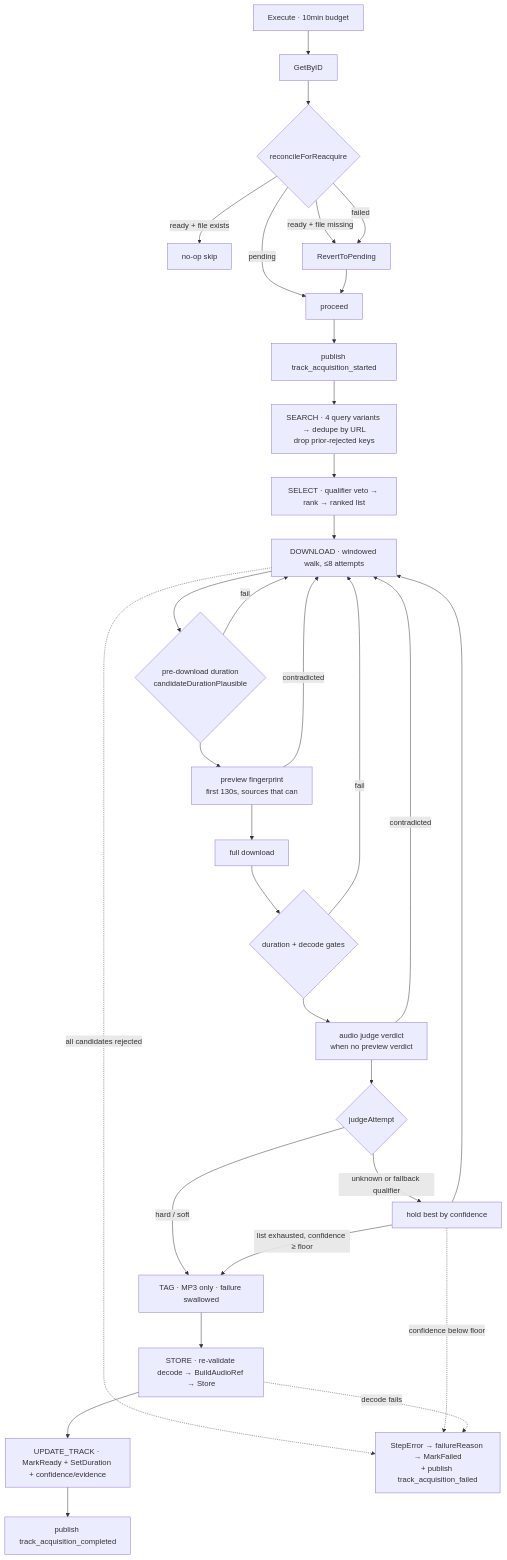
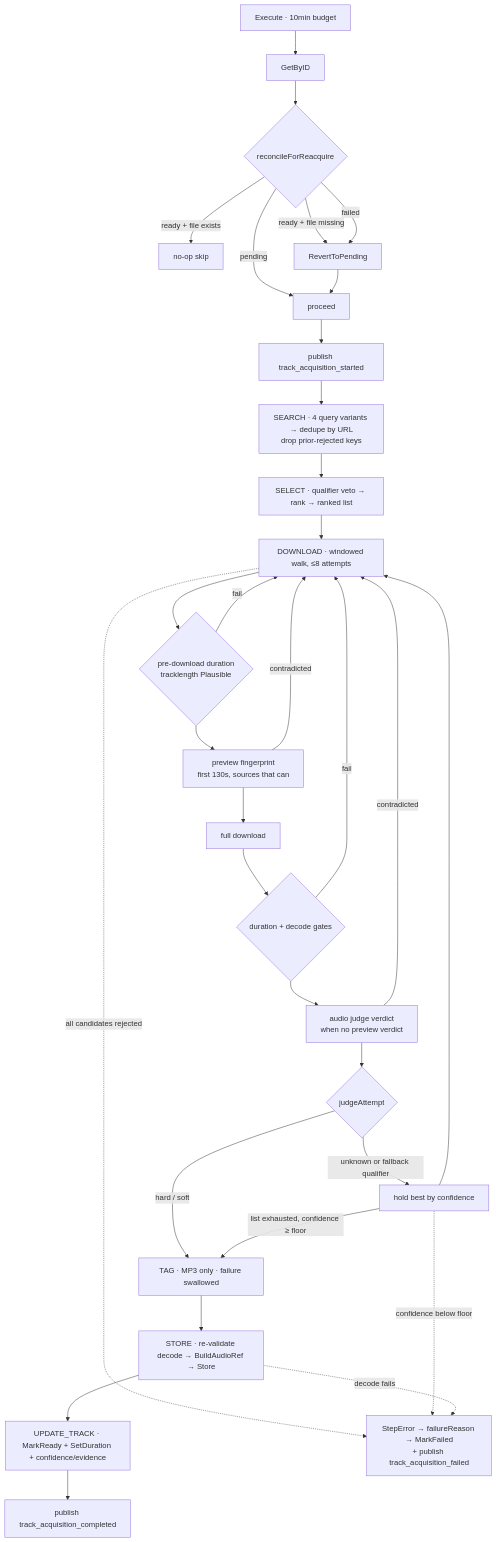
One commit to aleburrascano/altune changed the second of 3 diagrams in services/go-api/internal/acquisition/ARCHITECTURE.md. Above: the diagram before and after it, drawn with Mermaid. The commit also changed other lines of this file and 12 other files, not shown here.

````diff
--- a/services/go-api/internal/acquisition/ARCHITECTURE.md
+++ b/services/go-api/internal/acquisition/ARCHITECTURE.md
@@ -253,35 +254,35 @@
 ```mermaid
 flowchart TD
     EX["Execute · 10min budget"] --> GET["GetByID"]
     GET --> REC{"reconcileForReacquire"}
     REC -->|"ready + file exists"| SKIP["no-op skip"]
     REC -->|"ready + file missing"| REV["RevertToPending"]
     REC -->|"failed"| REV
     REC -->|"pending"| GO["proceed"]
     REV --> GO
     GO --> EVS["publish track_acquisition_started"]
     EVS --> S1["SEARCH · 4 query variants → dedupe by URL<br/>drop prior-rejected keys"]
     S1 --> S2["SELECT · qualifier veto → rank → ranked list"]
     S2 --> S3["DOWNLOAD · windowed walk, ≤8 attempts"]
-    S3 --> G0{"pre-download duration<br/>candidateDurationPlausible"}
+    S3 --> G0{"pre-download duration<br/>tracklength Plausible"}
     G0 -->|fail| S3
     G0 --> G1["preview fingerprint<br/>first 130s, sources that can"]
     G1 -->|"contradicted"| S3
     G1 --> G2["full download"]
     G2 --> G3{"duration + decode gates"}
     G3 -->|fail| S3
     G3 --> G4["audio judge verdict<br/>when no preview verdict"]
     G4 -->|"contradicted"| S3
     G4 --> J{"judgeAttempt"}
     J -->|"hard / soft"| S4
     J -->|"unknown or fallback qualifier"| HOLD["hold best by confidence"]
     HOLD --> S3
     HOLD -->|"list exhausted, confidence ≥ floor"| S4
     S4["TAG · MP3 only · failure swallowed"] --> S5["STORE · re-validate decode → BuildAudioRef → Store"]
     S5 --> S6["UPDATE_TRACK · MarkReady + SetDuration + confidence/evidence"]
     S6 --> OK["publish track_acquisition_completed"]
     S3 -.->|"all candidates rejected"| ERR
     HOLD -.->|"confidence below floor"| ERR
     S5 -.->|"decode fails"| ERR
     ERR["StepError → failureReason → MarkFailed<br/>+ publish track_acquisition_failed"]
 ```
````
